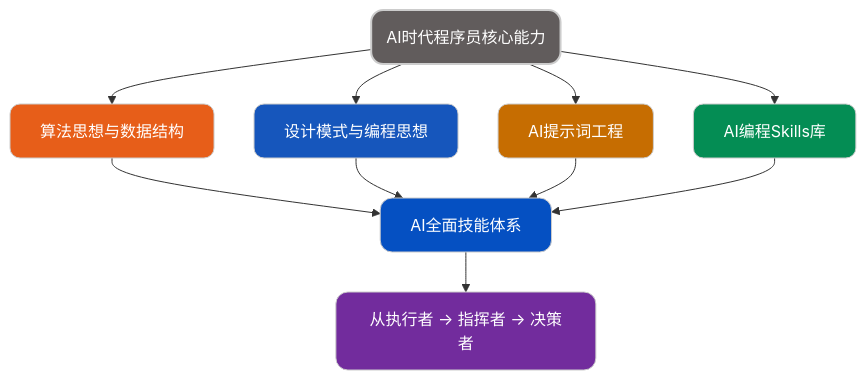
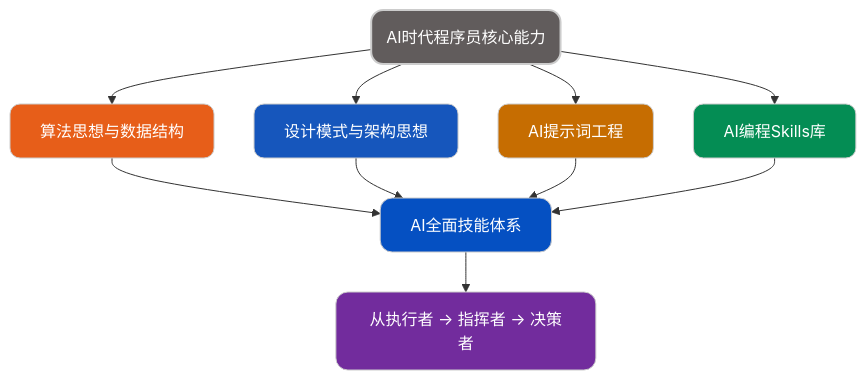
Before and after one commit to microwind/.github: the second of 2 diagrams in profile/README.md, drawn with Mermaid. The commit also changed 1 other file, not shown here.

````diff
--- a/profile/README.md
+++ b/profile/README.md
@@ -52,27 +52,27 @@
 ```mermaid
 %%{init: {'flowchart': {'nodeSpacing': 40, 'rankSpacing': 40, 'padding': 15}}}%%
 graph TD
     A(AI时代程序员核心能力) --> B[算法思想与数据结构]
-    A --> C[设计模式与编程思想]
+    A --> C[设计模式与架构思想]
     A --> D[AI提示词工程]
     A --> E[AI编程Skills库]
     
     B --> F[驾驭AI的底层根基]
     C --> F[驱动AI的架构思维]
     D --> F[高效协作AI的工具]
     E --> F[AI全面技能体系]
     
     F --> G[从执行者 -> 指挥者 -> 决策者]
 
     %% 主节点
     style A fill:#615C5C,stroke:#ccc,color:#fff,stroke-width:2px,rx:12,ry:12
     %% 核心能力节点
     style B fill:#E75E19,stroke:#ccc,color:#fff,rx:10,ry:10
     style C fill:#1656BC,stroke:#ccc,color:#fff,rx:10,ry:10
     style D fill:#C66D01,stroke:#ccc,color:#fff,rx:10,ry:10
     style E fill:#048D54,stroke:#ccc,color:#fff,rx:10,ry:10
     %% 汇总能力节点
     style F fill:#0550C2,stroke:#ccc,color:#fff,rx:12,ry:12
     %% 最终能力发展节点
     style G fill:#722C9D,stroke:#ccc,color:#fff,stroke-width:1px,rx:12,ry:12
 ```
````
